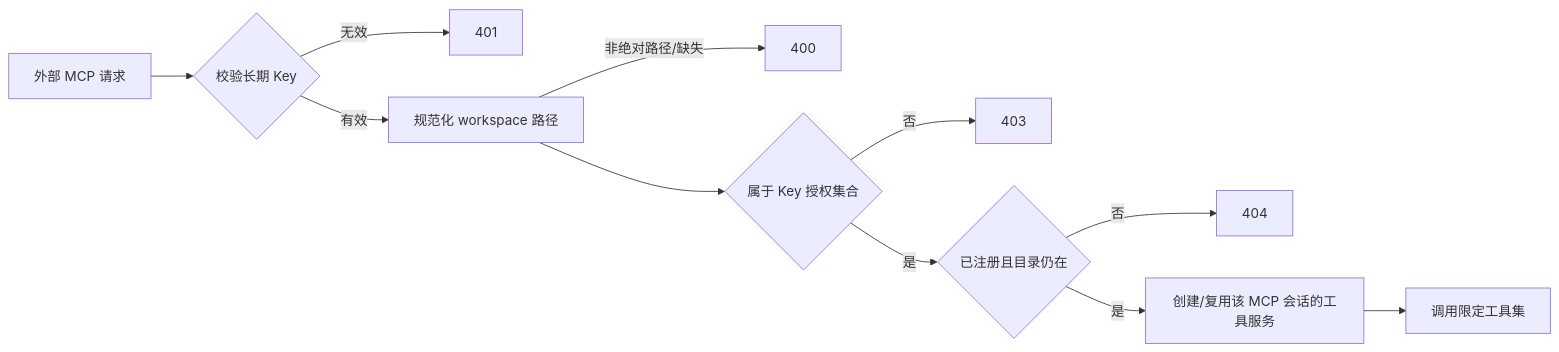
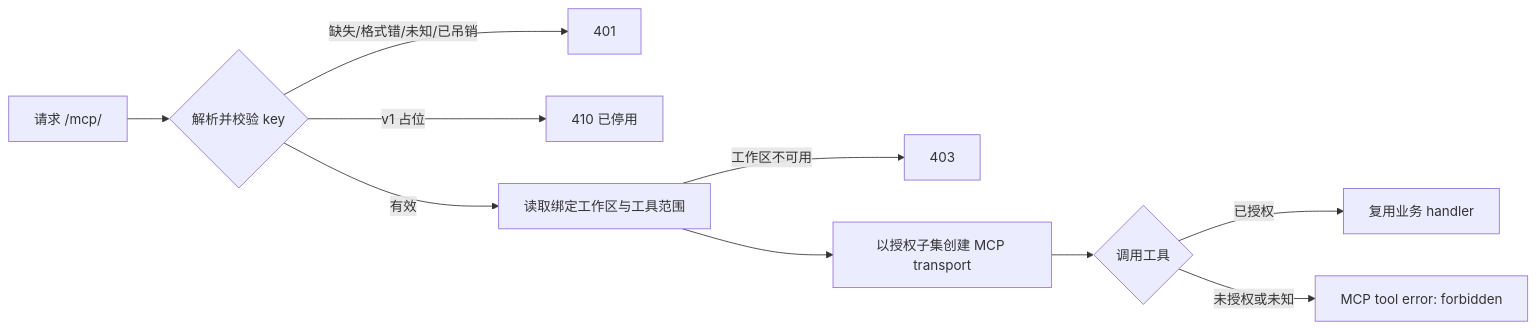
Before and after one commit to sequencestream/c3: the diagram in doc/domains/core/external-mcp/external-mcp-spec.md, drawn with Mermaid. The commit also changed other lines of this file and 41 other files, not shown here.

Commit message:
feat: 外部 MCP 每 key 接口授权:/mcp/<api-key> 路径寻址 + 接口范围勾选(workspace settings)

````diff
--- a/doc/domains/core/external-mcp/external-mcp-spec.md
+++ b/doc/domains/core/external-mcp/external-mcp-spec.md
@@ -28,13 +28,12 @@
 ```mermaid
 flowchart LR
-  A[外部 MCP 请求] --> B{校验长期 Key}
-  B -->|无效| X[401]
-  B -->|有效| C[规范化 workspace 路径]
-  C -->|非绝对路径/缺失| W[400]
-  C --> D{属于 Key 授权集合}
-  D -->|否| Y[403]
-  D -->|是| E{已注册且目录仍在}
-  E -->|否| Z[404]
-  E -->|是| F[创建/复用该 MCP 会话的工具服务]
-  F --> G[调用限定工具集]
+  A[请求 /mcp/<key>] --> B{解析并校验 key}
+  B -->|缺失/格式错/未知/已吊销| X[401]
+  B -->|v1 占位| V[410 已停用]
+  B -->|有效| C[读取绑定工作区与工具范围]
+  C -->|工作区不可用| Y[403]
+  C --> D[以授权子集创建 MCP transport]
+  D --> E{调用工具}
+  E -->|已授权| F[复用业务 handler]
+  E -->|未授权或未知| Z[MCP tool error: forbidden]
 ```
````
